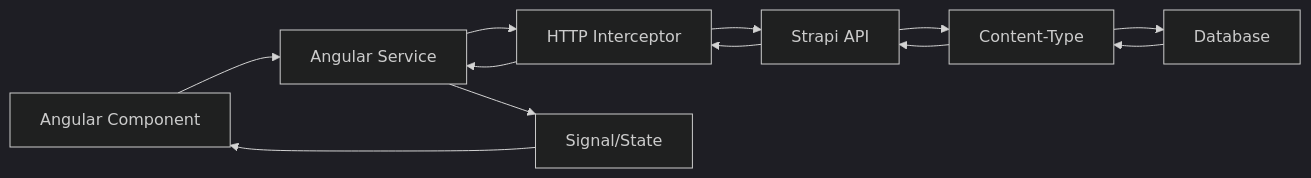
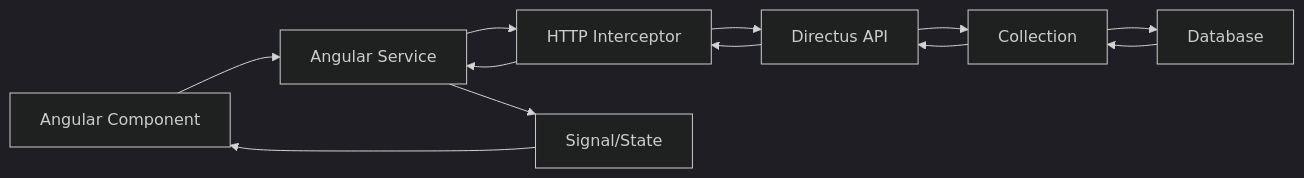
The diagram in doc/01-architecture/concepts-cles-frameworks.md (DamienMarill/cours_strapi_angular), drawn with Mermaid (dark theme) before and after one commit. The commit also changed other lines of this file and 14 other files, not shown here.

````diff
--- a/doc/01-architecture/concepts-cles-frameworks.md
+++ b/doc/01-architecture/concepts-cles-frameworks.md
@@ -205,14 +216,14 @@
 ```mermaid
 flowchart LR
     A[Angular Component] --> B[Angular Service]
     B --> C[HTTP Interceptor]  
-    C --> D[Strapi API]
-    D --> E[Content-Type]
+    C --> D[Directus API]
+    D --> E[Collection]
     E --> F[Database]
     F --> E
     E --> D
     D --> C
     C --> B
     B --> G[Signal/State]
     G --> A
 ```
````
